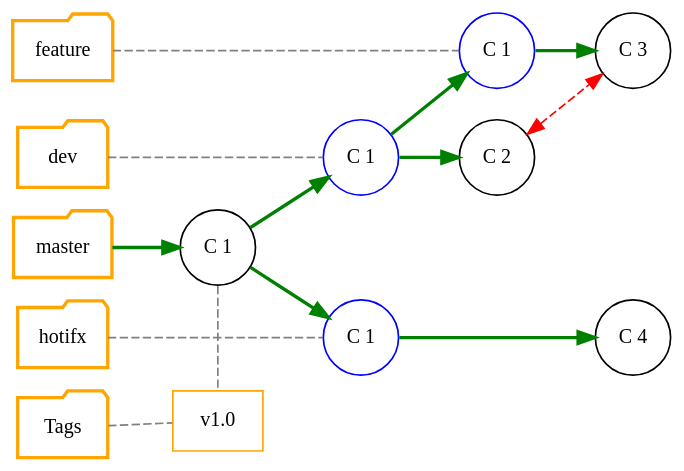
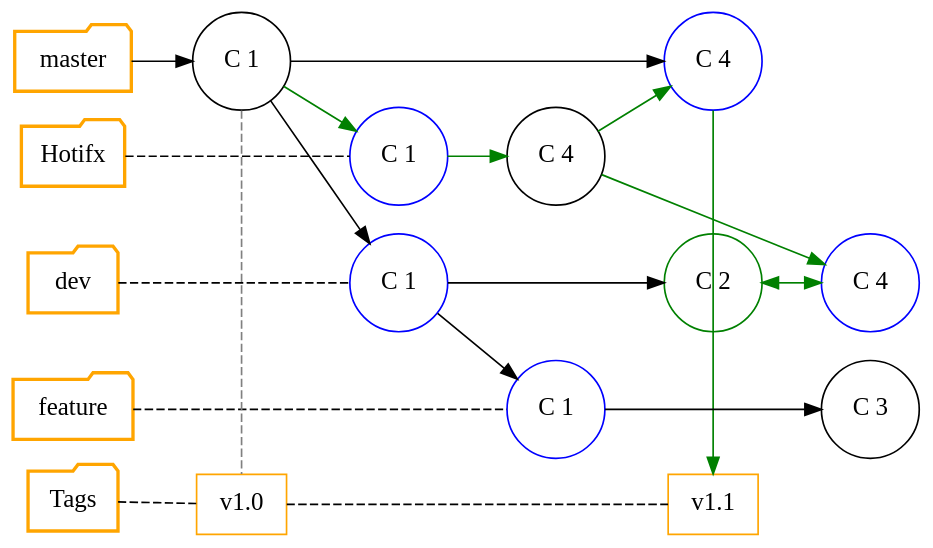
One commit to Gepardec/git-training changed the diagram in slides/intro/src/docs/asciidoc/graphviz/git-scenario-6.dot. Above: the diagram before and after it, drawn with Graphviz. The commit also changed 17 other files, not shown here.

```diff
--- a/slides/intro/src/docs/asciidoc/graphviz/git-scenario-6.dot
+++ b/slides/intro/src/docs/asciidoc/graphviz/git-scenario-6.dot
@@ -1,61 +1,62 @@
-digraph git_branch_model {
-  splines=line
-  rankdir="LR"
-  bgcolor="transparent"
+digraph git_scenario_6 {
+    splines=line
+    rankdir="LR"
+    bgcolor="transparent"
 
-  /* Global Node/Edge config */
-  edge[arrowhead=open]
+    /* Nodes representing the branches */
+    node[ fontsize=15.0,style="bold", shape=folder, color=orange]
+    master [group="master"]
+    hotfix [label="Hotifx", group="hotfix"]
+    dev [group="dev"]
+    feature [label="feature", group="feature"]
+    tags [label="Tags", group="tags"]
 
-  /* Nodes representing the branches */
-  node[ fontsize=12.0,style="bold", shape=folder, color=orange]
-  master [group="master"]
-  dev [group="dev"]
-  feature [label="feature", group="feature"]
-  hotfix [label="hotifx", group="hotfix"]
-  tags [label="Tags", group="tags"]
+    /* Nodes representing commit */
+    node[ fontsize=15.0,style="",shape=circle, color=""]
+    C_1[label="C 1", group="master"]
+    C_2[label="C 2", group="dev", color="green"]
+    C_3[label="C 3", group="feature"]
+    C_4[label="C 4", group="hotfix"]
 
-  /* Nodes representing Tags */
-  node[shape=rect,fontsize=12.0, style="", color=orange]
-  T_1 [label="v1.0", group="release"]
+    /* Nodes representing pointer */
+    node[color="blue"]
+    C_1_D [label="C 1", group="dev"]
+    C_4_D [label="C 4", group="dev"]
+    C_4_M [label="C 4", group="master"]
+    C_1_F_1 [label="C 1", group="feature"]
+    C_1_H_1 [label="C 1", group="hotfix"]
 
-  /* Nodes representing commit */
-  node[ fontsize=12.0,style="",shape=circle, color=""]
-  C_1[label="C 1", group="master"]
-  C_2_D[label="C 2", group="dev"]
-  C_3_F_1 [label="C 3", group="feature"]
-  C_4_H_1 [label="C 4", group="hotfix"]
+    /* Nodes representing Tags */
+    node[shape=rect,fontsize=15.0, style="", color=orange]
+    T_1 [label="v1.0", group="release"]
+    T_2 [label="v1.1", group="release"]
 
-  /* Nodes representing pointer */
-  node[color="blue"]
-  C_1_D [label="C 1", group="dev"]
-  C_1_F_1 [label="C 1", group="feature"]
-  C_1_H_1 [label="C 1", group="hotfix"]
+    /* Define master branch commits */
+    master -> C_1 -> C_4_M
+    feature -> C_1_F_1 [arrowhead=none,style="dashed"]
+    dev -> C_1_D [arrowhead=none,style="dashed"]
+    tags -> T_1 -> T_2 [arrowhead=none,style="dashed"]
+    hotfix -> C_1_H_1 [arrowhead=none,style="dashed"]
+    C_2 -> C_4_D [dir=both, color="green"]
 
-  edge[arrowhead=none, style="dashed",color=gray]
-  /* Define branch commits */
-  master -> C_1 [arrowhead="", color="green", style="bold"]
-  feature -> C_1_F_1
-  tags -> T_1
-  hotfix -> C_1_H_1
+    /* 1. inter branch commit */
+    C_1 -> C_1_D -> C_1_F_1
+    C_1 -> C_1_H_1 -> C_4 -> { C_4_M C_4_D } [color="green"]
+    C_4_M -> T_2 [color="green"]
+    C_1_D -> C_2
+    C_1_F_1 -> C_3
 
-  /* Define dev branch commits */
-  dev -> C_1_D
+    /* 2. Git Tags */
+    edge[arrowhead=none, style=dashed, color="gray"]
+    C_1 -> T_1
 
-  /* 2. Git Tags */
-  C_1 -> T_1
+    /* Connect branches with invis edges, to declare ordering this way */
+    edge[style=invis]
+    master -> hotfix -> dev -> feature -> tags
 
-  edge[color="green", arrowhead="",  style="bold"]
-  /* Commit flow */
-  C_1 -> C_1_D -> { C_1_F_1 C_2_D }
-  C_1_F_1 -> C_3_F_1
-  C_1 -> C_1_H_1
-  C_1_H_1 -> C_4_H_1
-
-  edge[dir=both, color="red", style=dashed, arrowhead=""]
-  C_2_D -> C_3_F_1
-
-  {rank=same; master hotfix dev feature tags}
-  {rank=same; C_1 T_1}
-  {rank=same; C_2_D C_1_F_1}
-  {rank=same; C_3_F_1 C_4_H_1}
+    {rank=same; C_1 T_1 }
+    {rank=same; T_2 C_4_M}
+    {rank=same; C_2 C_4_M}
+    {rank=same; C_4_D C_3}
+    {rank=same; master hotfix dev feature tags}
 }
```
